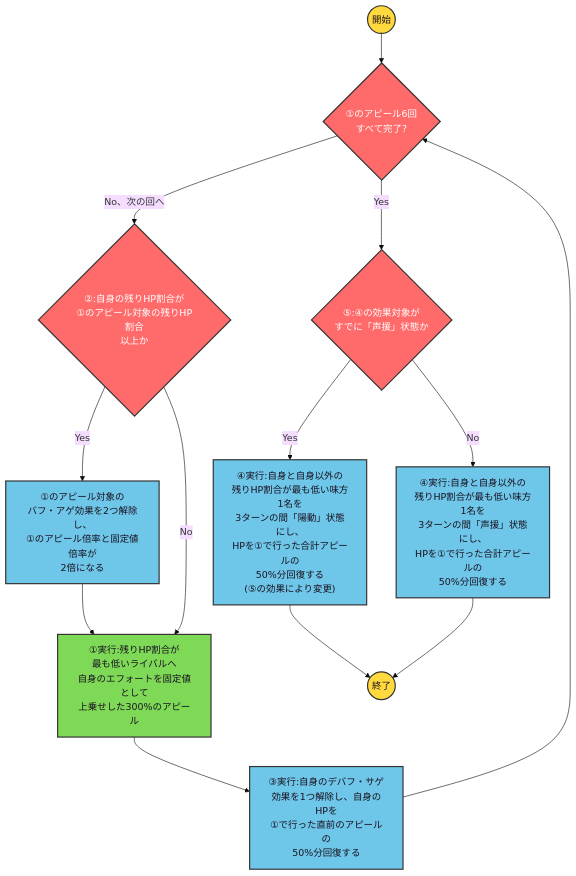
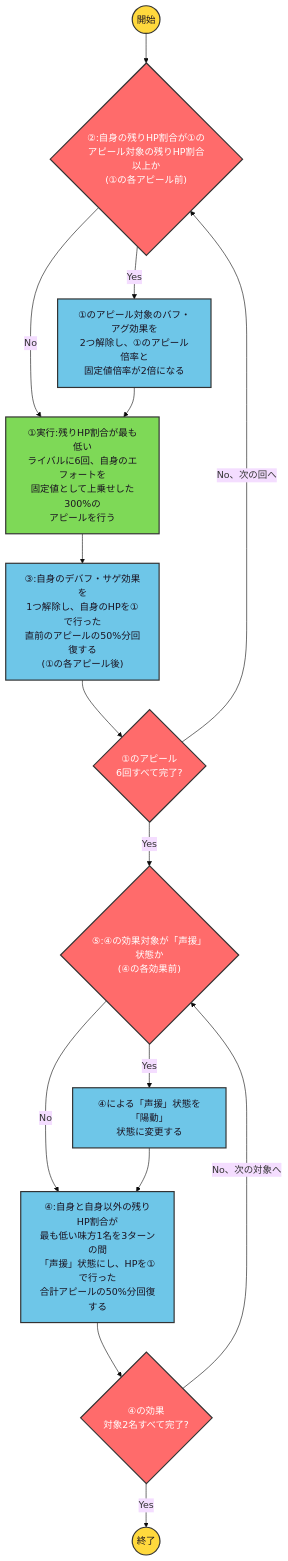
One commit to ryomochi0918/nogifra-characters changed the diagram in data/kubo_shiori/chancehabyodo_skill1.mmd. Above: the diagram before and after it, drawn with Mermaid (base theme). The commit also changed 763 other files, not shown here.

```diff
--- a/data/kubo_shiori/chancehabyodo_skill1.mmd
+++ b/data/kubo_shiori/chancehabyodo_skill1.mmd
@@ -1,16 +1,20 @@
 flowchart TD
     classDef startend fill:#FFD93D,stroke:#333,stroke-width:2px,color:#1a1220;
     classDef cond fill:#FF6B6B,stroke:#333,stroke-width:2px,color:#ffffff;
     classDef effect fill:#6EC6E8,stroke:#333,stroke-width:2px,color:#1a1220;
     classDef action fill:#7ED957,stroke:#333,stroke-width:2px,color:#1a1220;
 
-    start(("開始")):::startend --> loop{"①のアピール6回<br/>すべて完了?"}:::cond
-    loop -->|"No、次の回へ"| c2{"②:自身の残りHP割合が<br/>①のアピール対象の残りHP割合<br/>以上か"}:::cond
-    c2 -->|"Yes"| e2["①のアピール対象の<br/>バフ・アゲ効果を2つ解除し、<br/>①のアピール倍率と固定値倍率が<br/>2倍になる"]:::effect --> a1
-    c2 -->|"No"| a1["①実行:残りHP割合が<br/>最も低いライバルへ<br/>自身のエフォートを固定値として<br/>上乗せした300%のアピール"]:::action
-    a1 --> e3["③実行:自身のデバフ・サゲ<br/>効果を1つ解除し、自身のHPを<br/>①で行った直前のアピールの<br/>50%分回復する"]:::effect
-    e3 --> loop
-    loop -->|"Yes"| c5{"⑤:④の効果対象が<br/>すでに「声援」状態か"}:::cond
-    c5 -->|"Yes"| e4b["④実行:自身と自身以外の<br/>残りHP割合が最も低い味方1名を<br/>3ターンの間「陽動」状態にし、<br/>HPを①で行った合計アピールの<br/>50%分回復する<br/>(⑤の効果により変更)"]:::effect --> finish
-    c5 -->|"No"| e4a["④実行:自身と自身以外の<br/>残りHP割合が最も低い味方1名を<br/>3ターンの間「声援」状態にし、<br/>HPを①で行った合計アピールの<br/>50%分回復する"]:::effect --> finish
-    finish(("終了")):::startend
+    start(("開始")):::startend --> c2{"②:自身の残りHP割合が①の<br/>アピール対象の残りHP割合以上か<br/>(①の各アピール前)"}:::cond
+    c2 -->|"Yes"| e2["①のアピール対象のバフ・アグ効果を<br/>2つ解除し、①のアピール倍率と<br/>固定値倍率が2倍になる"]:::effect
+    c2 -->|"No"| a1["①実行:残りHP割合が最も低い<br/>ライバルに6回、自身のエフォートを<br/>固定値として上乗せした300%の<br/>アピールを行う"]:::action
+    e2 --> a1
+    a1 --> e3["③:自身のデバフ・サゲ効果を<br/>1つ解除し、自身のHPを①で行った<br/>直前のアピールの50%分回復する<br/>(①の各アピール後)"]:::effect
+    e3 --> lc1{"①のアピール<br/>6回すべて完了?"}:::cond
+    lc1 -->|"Yes"| c5{"⑤:④の効果対象が「声援」状態か<br/>(④の各効果前)"}:::cond
+    lc1 -->|"No、次の回へ"| c2
+    c5 -->|"Yes"| e5["④による「声援」状態を「陽動」<br/>状態に変更する"]:::effect
+    c5 -->|"No"| e4["④:自身と自身以外の残りHP割合が<br/>最も低い味方1名を3ターンの間<br/>「声援」状態にし、HPを①で行った<br/>合計アピールの50%分回復する"]:::effect
+    e5 --> e4
+    e4 --> lc4{"④の効果<br/>対象2名すべて完了?"}:::cond
+    lc4 -->|"Yes"| finish(("終了")):::startend
+    lc4 -->|"No、次の対象へ"| c5
```
